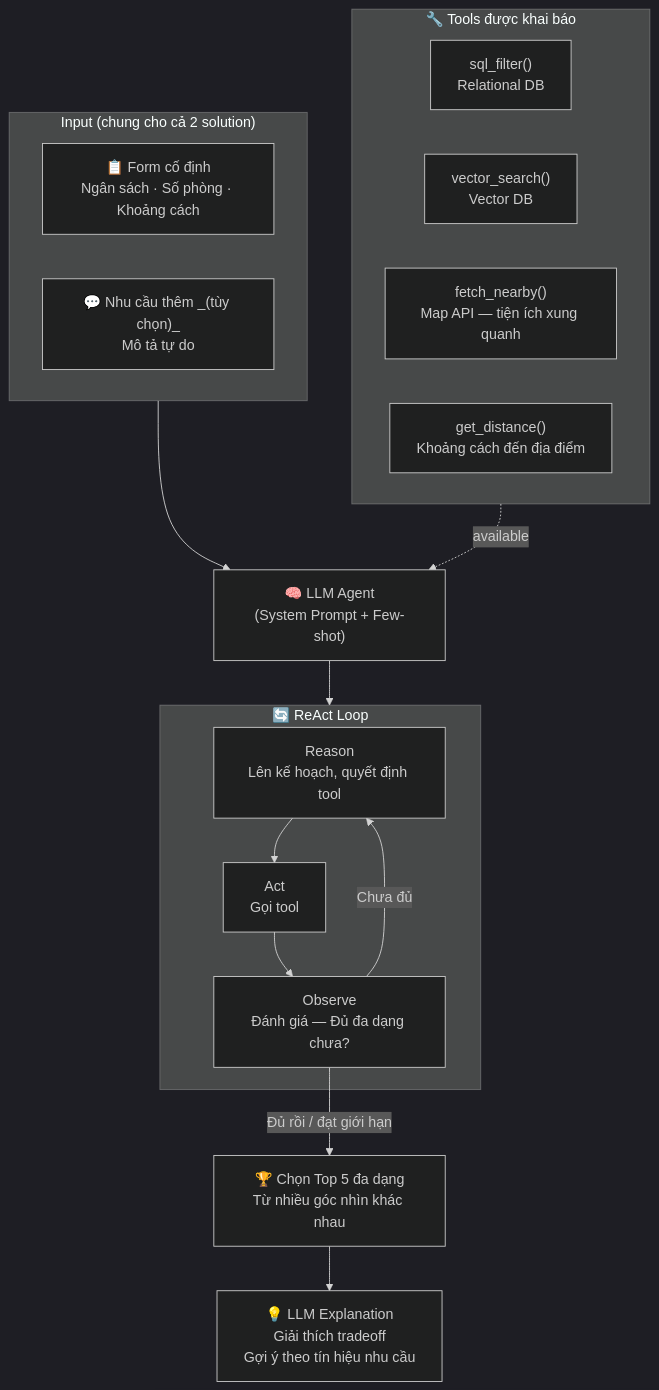
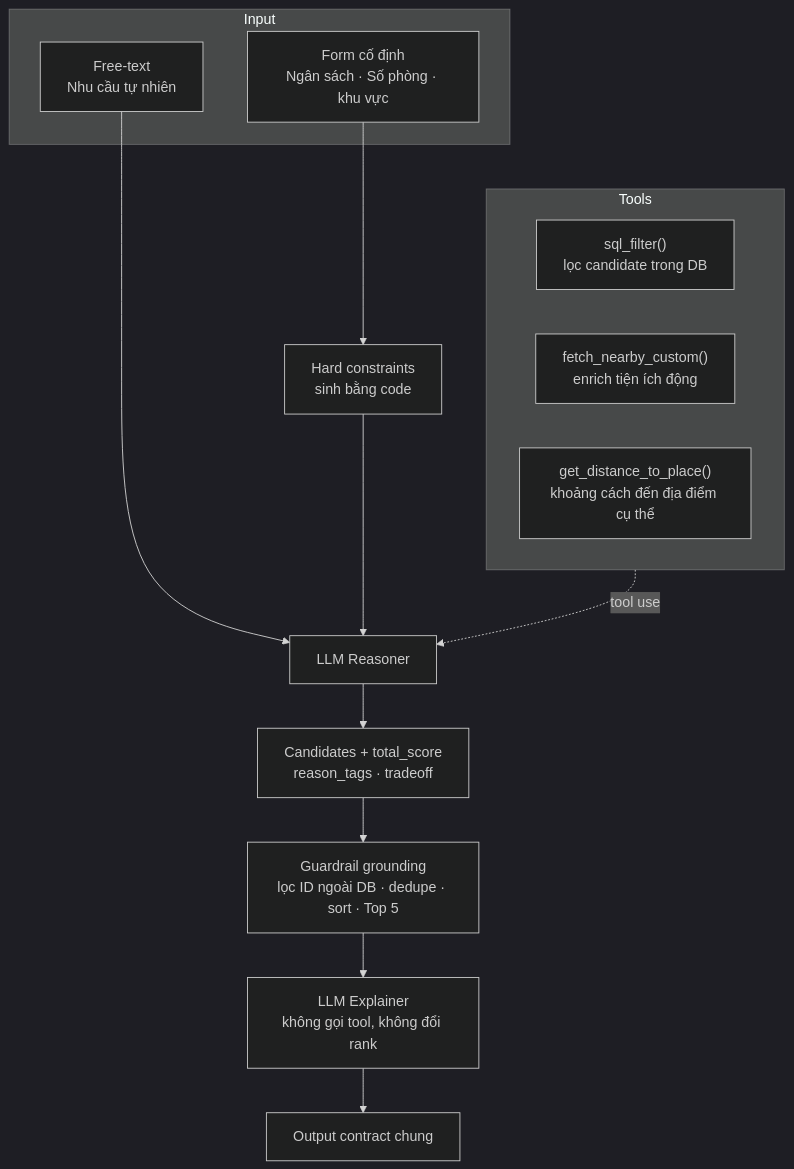
The first of 2 diagrams in docs/source_notes/Mermaid.md (minhtien0498/IT2041_G8_DecisionMaking), drawn with Mermaid (dark theme) before and after one commit. The commit also changed other lines of this file and 24 other files, not shown here.

````diff
--- a/docs/source_notes/Mermaid.md
+++ b/docs/source_notes/Mermaid.md
@@ -3,31 +3,23 @@
 ```mermaid
 flowchart TD
-    subgraph INPUT["Input (chung cho cả 2 solution)"]
-        A["📋 Form cố định\nNgân sách · Số phòng · Khoảng cách"]
-        B["💬 Nhu cầu thêm _(tùy chọn)_\nMô tả tự do"]
+    subgraph INPUT["Input"]
+        A["Form cố định\nNgân sách · Số phòng · khu vực"]
+        B["Free-text\nNhu cầu tự nhiên"]
     end
 
-    subgraph TOOLS["🔧 Tools được khai báo"]
-        T1["sql_filter()\nRelational DB"]
-        T2["vector_search()\nVector DB"]
-        T3["fetch_nearby()\nMap API — tiện ích xung quanh"]
-        T4["get_distance()\nKhoảng cách đến địa điểm"]
+    A --> C["Hard constraints\nsinh bằng code"]
+    B --> D["LLM Reasoner"]
+    C --> D
+
+    subgraph TOOLS["Tools"]
+        T1["sql_filter()\nlọc candidate trong DB"]
+        T2["fetch_nearby_custom()\nenrich tiện ích động"]
+        T3["get_distance_to_place()\nkhoảng cách đến địa điểm cụ thể"]
     end
 
-    INPUT --> C["🧠 LLM Agent\n(System Prompt + Few-shot)"]
-    TOOLS -. available .-> C
-
-    subgraph LOOP["🔄 ReAct Loop"]
-        R["Reason\nLên kế hoạch, quyết định tool"]
-        AC["Act\nGọi tool"]
-        OB["Observe\nĐánh giá — Đủ đa dạng chưa?"]
-        R --> AC --> OB
-        OB -->|Chưa đủ| R
-    end
-
-    C --> LOOP
-
-    OB -->|Đủ rồi / đạt giới hạn| E["🏆 Chọn Top 5 đa dạng\nTừ nhiều góc nhìn khác nhau"]
-
-    E --> F["💡 LLM Explanation\nGiải thích tradeoff\nGợi ý theo tín hiệu nhu cầu"]
+    TOOLS -. tool use .-> D
+    D --> E["Candidates + total_score\nreason_tags · tradeoff"]
+    E --> F["Guardrail grounding\nlọc ID ngoài DB · dedupe · sort · Top 5"]
+    F --> G["LLM Explainer\nkhông gọi tool, không đổi rank"]
+    G --> H["Output contract chung"]
 ```
````
